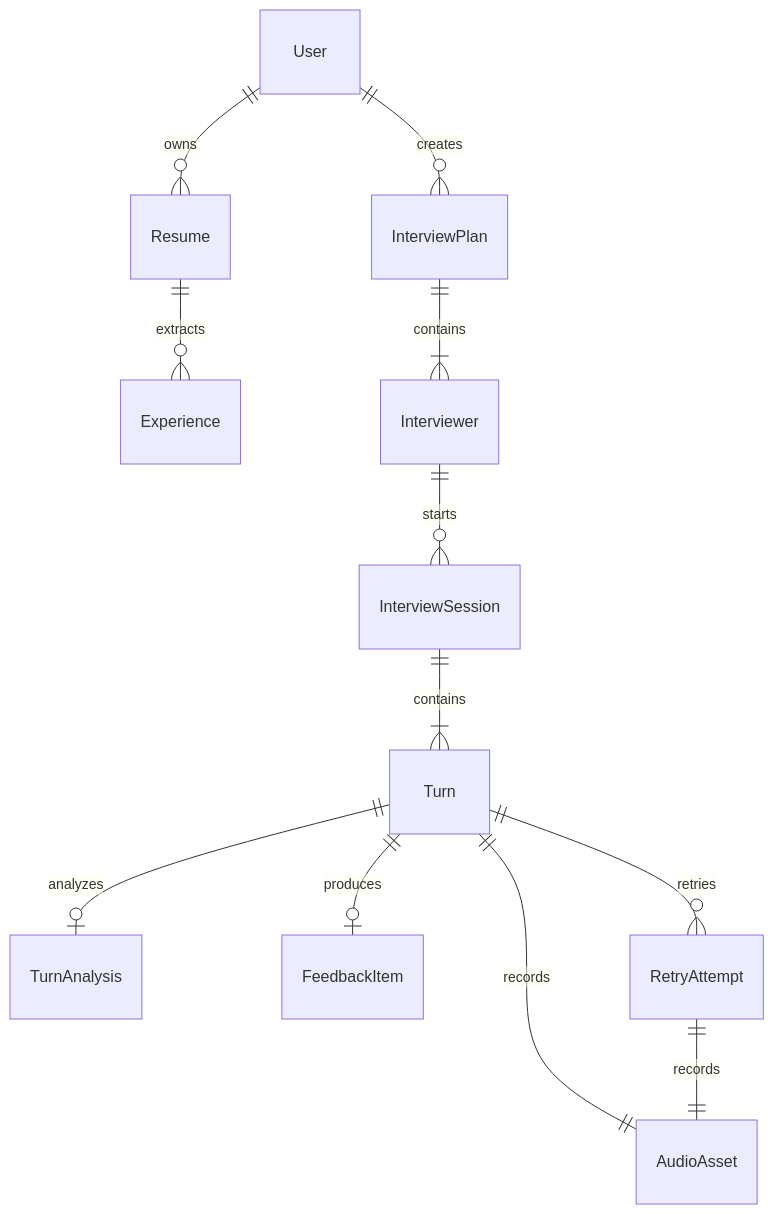
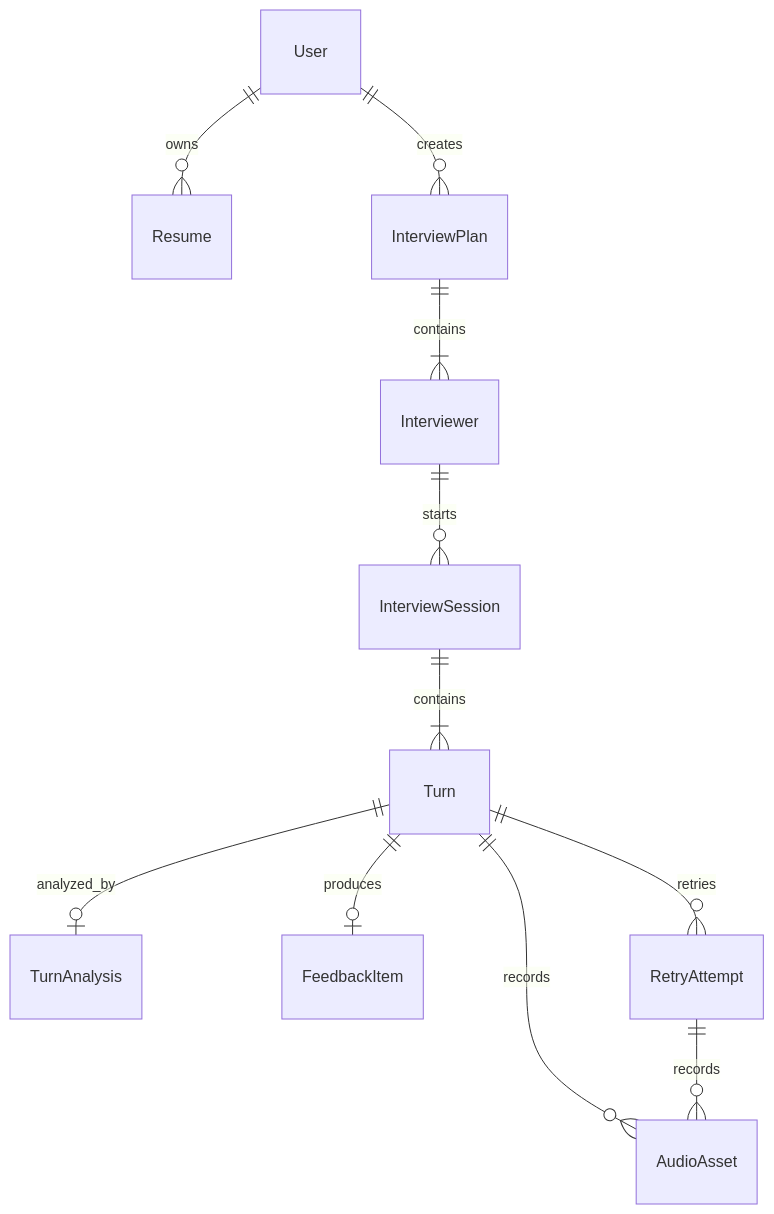
One commit to Lq0412/ai-en-coach changed the second of 5 diagrams in docs/superpowers/specs/2026-07-14-ms1-system-architecture-design.md. Above: the diagram before and after it, drawn with Mermaid. The commit also changed other lines of this file and 2 other files, not shown here.

````diff
--- a/docs/superpowers/specs/2026-07-14-ms1-system-architecture-design.md
+++ b/docs/superpowers/specs/2026-07-14-ms1-system-architecture-design.md
@@ -318,14 +112,13 @@
 ```mermaid
 erDiagram
   User ||--o{ Resume : owns
-  Resume ||--o{ Experience : extracts
   User ||--o{ InterviewPlan : creates
   InterviewPlan ||--|{ Interviewer : contains
   Interviewer ||--o{ InterviewSession : starts
   InterviewSession ||--|{ Turn : contains
-  Turn ||--o| TurnAnalysis : analyzes
+  Turn ||--o| TurnAnalysis : analyzed_by
   Turn ||--o| FeedbackItem : produces
   Turn ||--o{ RetryAttempt : retries
-  Turn ||--|| AudioAsset : records
-  RetryAttempt ||--|| AudioAsset : records
+  Turn ||--o{ AudioAsset : records
+  RetryAttempt ||--o{ AudioAsset : records
 ```
````
